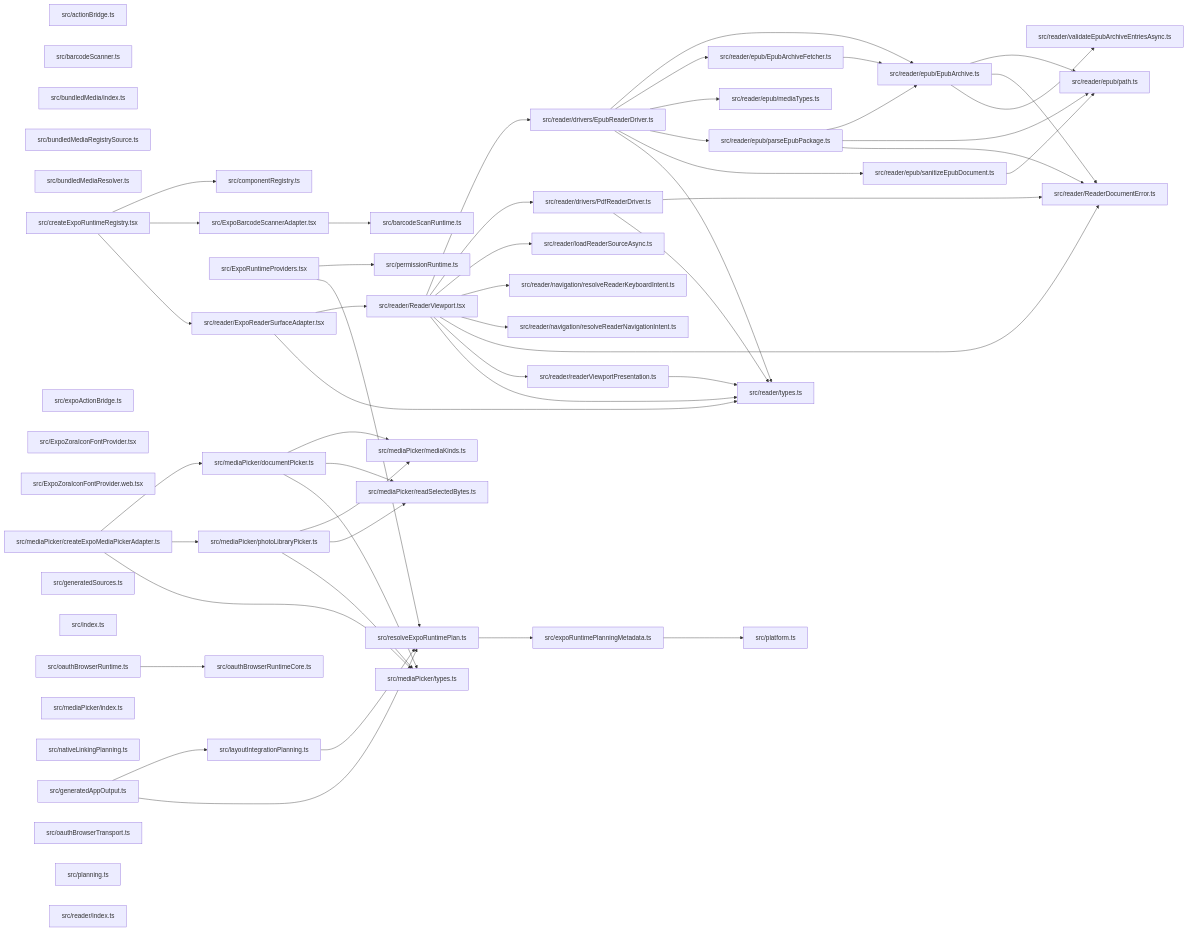
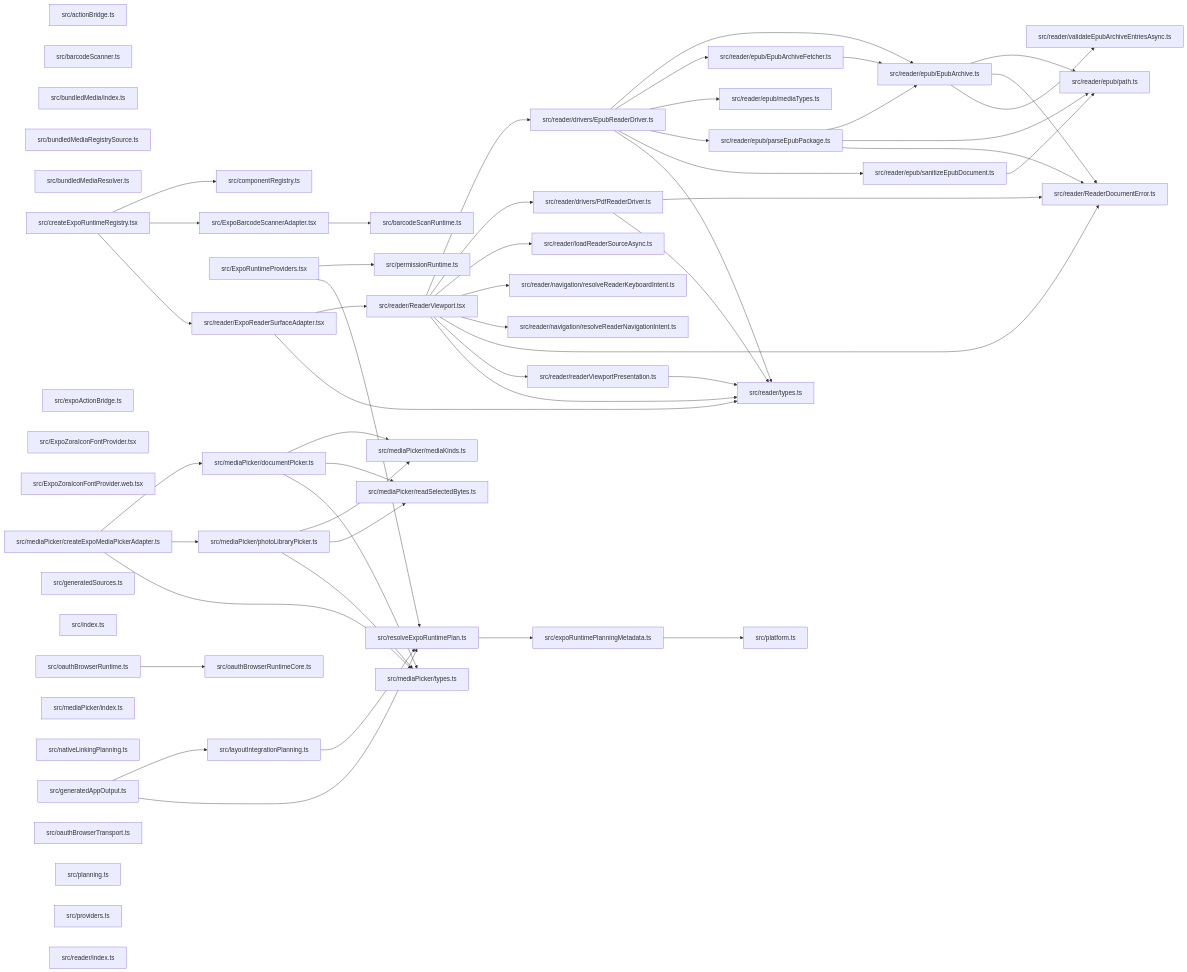
Before and after one commit to ankhorage/expo-runtime: the diagram in paradox/diagrams/module-relationships.mmd, drawn with Mermaid. The commit also changed 14 other files, not shown here.

```diff
--- a/paradox/diagrams/module-relationships.mmd
+++ b/paradox/diagrams/module-relationships.mmd
@@ -1,100 +1,101 @@
 graph LR
   module_src_actionBridge_ts["src/actionBridge.ts"]
   module_src_barcodeScanner_ts["src/barcodeScanner.ts"]
   module_src_barcodeScanRuntime_ts["src/barcodeScanRuntime.ts"]
   module_src_bundledMedia_index_ts["src/bundledMedia/index.ts"]
   module_src_bundledMediaRegistrySource_ts["src/bundledMediaRegistrySource.ts"]
   module_src_bundledMediaResolver_ts["src/bundledMediaResolver.ts"]
   module_src_componentRegistry_ts["src/componentRegistry.ts"]
   module_src_createExpoRuntimeRegistry_tsx["src/createExpoRuntimeRegistry.tsx"]
   module_src_expoActionBridge_ts["src/expoActionBridge.ts"]
   module_src_ExpoBarcodeScannerAdapter_tsx["src/ExpoBarcodeScannerAdapter.tsx"]
   module_src_expoRuntimePlanningMetadata_ts["src/expoRuntimePlanningMetadata.ts"]
   module_src_ExpoRuntimeProviders_tsx["src/ExpoRuntimeProviders.tsx"]
   module_src_ExpoZoraIconFontProvider_tsx["src/ExpoZoraIconFontProvider.tsx"]
   module_src_ExpoZoraIconFontProvider_web_tsx["src/ExpoZoraIconFontProvider.web.tsx"]
   module_src_generatedAppOutput_ts["src/generatedAppOutput.ts"]
   module_src_generatedSources_ts["src/generatedSources.ts"]
   module_src_index_ts["src/index.ts"]
   module_src_layoutIntegrationPlanning_ts["src/layoutIntegrationPlanning.ts"]
   module_src_mediaPicker_createExpoMediaPickerAdapter_ts["src/mediaPicker/createExpoMediaPickerAdapter.ts"]
   module_src_mediaPicker_documentPicker_ts["src/mediaPicker/documentPicker.ts"]
   module_src_mediaPicker_index_ts["src/mediaPicker/index.ts"]
   module_src_mediaPicker_mediaKinds_ts["src/mediaPicker/mediaKinds.ts"]
   module_src_mediaPicker_photoLibraryPicker_ts["src/mediaPicker/photoLibraryPicker.ts"]
   module_src_mediaPicker_readSelectedBytes_ts["src/mediaPicker/readSelectedBytes.ts"]
   module_src_mediaPicker_types_ts["src/mediaPicker/types.ts"]
   module_src_nativeLinkingPlanning_ts["src/nativeLinkingPlanning.ts"]
   module_src_oauthBrowserRuntime_ts["src/oauthBrowserRuntime.ts"]
   module_src_oauthBrowserRuntimeCore_ts["src/oauthBrowserRuntimeCore.ts"]
   module_src_oauthBrowserTransport_ts["src/oauthBrowserTransport.ts"]
   module_src_permissionRuntime_ts["src/permissionRuntime.ts"]
   module_src_planning_ts["src/planning.ts"]
   module_src_platform_ts["src/platform.ts"]
+  module_src_providers_ts["src/providers.ts"]
   module_src_reader_drivers_EpubReaderDriver_ts["src/reader/drivers/EpubReaderDriver.ts"]
   module_src_reader_drivers_PdfReaderDriver_ts["src/reader/drivers/PdfReaderDriver.ts"]
   module_src_reader_epub_EpubArchive_ts["src/reader/epub/EpubArchive.ts"]
   module_src_reader_epub_EpubArchiveFetcher_ts["src/reader/epub/EpubArchiveFetcher.ts"]
   module_src_reader_epub_mediaTypes_ts["src/reader/epub/mediaTypes.ts"]
   module_src_reader_epub_parseEpubPackage_ts["src/reader/epub/parseEpubPackage.ts"]
   module_src_reader_epub_path_ts["src/reader/epub/path.ts"]
   module_src_reader_epub_sanitizeEpubDocument_ts["src/reader/epub/sanitizeEpubDocument.ts"]
   module_src_reader_ExpoReaderSurfaceAdapter_tsx["src/reader/ExpoReaderSurfaceAdapter.tsx"]
   module_src_reader_index_ts["src/reader/index.ts"]
   module_src_reader_loadReaderSourceAsync_ts["src/reader/loadReaderSourceAsync.ts"]
   module_src_reader_navigation_resolveReaderKeyboardIntent_ts["src/reader/navigation/resolveReaderKeyboardIntent.ts"]
   module_src_reader_navigation_resolveReaderNavigationIntent_ts["src/reader/navigation/resolveReaderNavigationIntent.ts"]
   module_src_reader_ReaderDocumentError_ts["src/reader/ReaderDocumentError.ts"]
   module_src_reader_ReaderViewport_tsx["src/reader/ReaderViewport.tsx"]
   module_src_reader_readerViewportPresentation_ts["src/reader/readerViewportPresentation.ts"]
   module_src_reader_types_ts["src/reader/types.ts"]
   module_src_reader_validateEpubArchiveEntriesAsync_ts["src/reader/validateEpubArchiveEntriesAsync.ts"]
   module_src_resolveExpoRuntimePlan_ts["src/resolveExpoRuntimePlan.ts"]
   module_src_createExpoRuntimeRegistry_tsx --> module_src_componentRegistry_ts
   module_src_createExpoRuntimeRegistry_tsx --> module_src_ExpoBarcodeScannerAdapter_tsx
   module_src_createExpoRuntimeRegistry_tsx --> module_src_reader_ExpoReaderSurfaceAdapter_tsx
   module_src_ExpoBarcodeScannerAdapter_tsx --> module_src_barcodeScanRuntime_ts
   module_src_expoRuntimePlanningMetadata_ts --> module_src_platform_ts
   module_src_ExpoRuntimeProviders_tsx --> module_src_permissionRuntime_ts
   module_src_ExpoRuntimeProviders_tsx --> module_src_resolveExpoRuntimePlan_ts
   module_src_generatedAppOutput_ts --> module_src_layoutIntegrationPlanning_ts
   module_src_generatedAppOutput_ts --> module_src_resolveExpoRuntimePlan_ts
   module_src_layoutIntegrationPlanning_ts --> module_src_resolveExpoRuntimePlan_ts
   module_src_mediaPicker_createExpoMediaPickerAdapter_ts --> module_src_mediaPicker_documentPicker_ts
   module_src_mediaPicker_createExpoMediaPickerAdapter_ts --> module_src_mediaPicker_photoLibraryPicker_ts
   module_src_mediaPicker_createExpoMediaPickerAdapter_ts --> module_src_mediaPicker_types_ts
   module_src_mediaPicker_documentPicker_ts --> module_src_mediaPicker_mediaKinds_ts
   module_src_mediaPicker_documentPicker_ts --> module_src_mediaPicker_readSelectedBytes_ts
   module_src_mediaPicker_documentPicker_ts --> module_src_mediaPicker_types_ts
   module_src_mediaPicker_photoLibraryPicker_ts --> module_src_mediaPicker_mediaKinds_ts
   module_src_mediaPicker_photoLibraryPicker_ts --> module_src_mediaPicker_readSelectedBytes_ts
   module_src_mediaPicker_photoLibraryPicker_ts --> module_src_mediaPicker_types_ts
   module_src_oauthBrowserRuntime_ts --> module_src_oauthBrowserRuntimeCore_ts
   module_src_reader_drivers_EpubReaderDriver_ts --> module_src_reader_epub_EpubArchive_ts
   module_src_reader_drivers_EpubReaderDriver_ts --> module_src_reader_epub_EpubArchiveFetcher_ts
   module_src_reader_drivers_EpubReaderDriver_ts --> module_src_reader_epub_mediaTypes_ts
   module_src_reader_drivers_EpubReaderDriver_ts --> module_src_reader_epub_parseEpubPackage_ts
   module_src_reader_drivers_EpubReaderDriver_ts --> module_src_reader_epub_sanitizeEpubDocument_ts
   module_src_reader_drivers_EpubReaderDriver_ts --> module_src_reader_types_ts
   module_src_reader_drivers_PdfReaderDriver_ts --> module_src_reader_ReaderDocumentError_ts
   module_src_reader_drivers_PdfReaderDriver_ts --> module_src_reader_types_ts
   module_src_reader_epub_EpubArchive_ts --> module_src_reader_epub_path_ts
   module_src_reader_epub_EpubArchive_ts --> module_src_reader_ReaderDocumentError_ts
   module_src_reader_epub_EpubArchive_ts --> module_src_reader_validateEpubArchiveEntriesAsync_ts
   module_src_reader_epub_EpubArchiveFetcher_ts --> module_src_reader_epub_EpubArchive_ts
   module_src_reader_epub_parseEpubPackage_ts --> module_src_reader_epub_EpubArchive_ts
   module_src_reader_epub_parseEpubPackage_ts --> module_src_reader_epub_path_ts
   module_src_reader_epub_parseEpubPackage_ts --> module_src_reader_ReaderDocumentError_ts
   module_src_reader_epub_sanitizeEpubDocument_ts --> module_src_reader_epub_path_ts
   module_src_reader_ExpoReaderSurfaceAdapter_tsx --> module_src_reader_ReaderViewport_tsx
   module_src_reader_ExpoReaderSurfaceAdapter_tsx --> module_src_reader_types_ts
   module_src_reader_ReaderViewport_tsx --> module_src_reader_drivers_EpubReaderDriver_ts
   module_src_reader_ReaderViewport_tsx --> module_src_reader_drivers_PdfReaderDriver_ts
   module_src_reader_ReaderViewport_tsx --> module_src_reader_loadReaderSourceAsync_ts
   module_src_reader_ReaderViewport_tsx --> module_src_reader_navigation_resolveReaderKeyboardIntent_ts
   module_src_reader_ReaderViewport_tsx --> module_src_reader_navigation_resolveReaderNavigationIntent_ts
   module_src_reader_ReaderViewport_tsx --> module_src_reader_ReaderDocumentError_ts
   module_src_reader_ReaderViewport_tsx --> module_src_reader_readerViewportPresentation_ts
   module_src_reader_ReaderViewport_tsx --> module_src_reader_types_ts
   module_src_reader_readerViewportPresentation_ts --> module_src_reader_types_ts
   module_src_resolveExpoRuntimePlan_ts --> module_src_expoRuntimePlanningMetadata_ts
```
